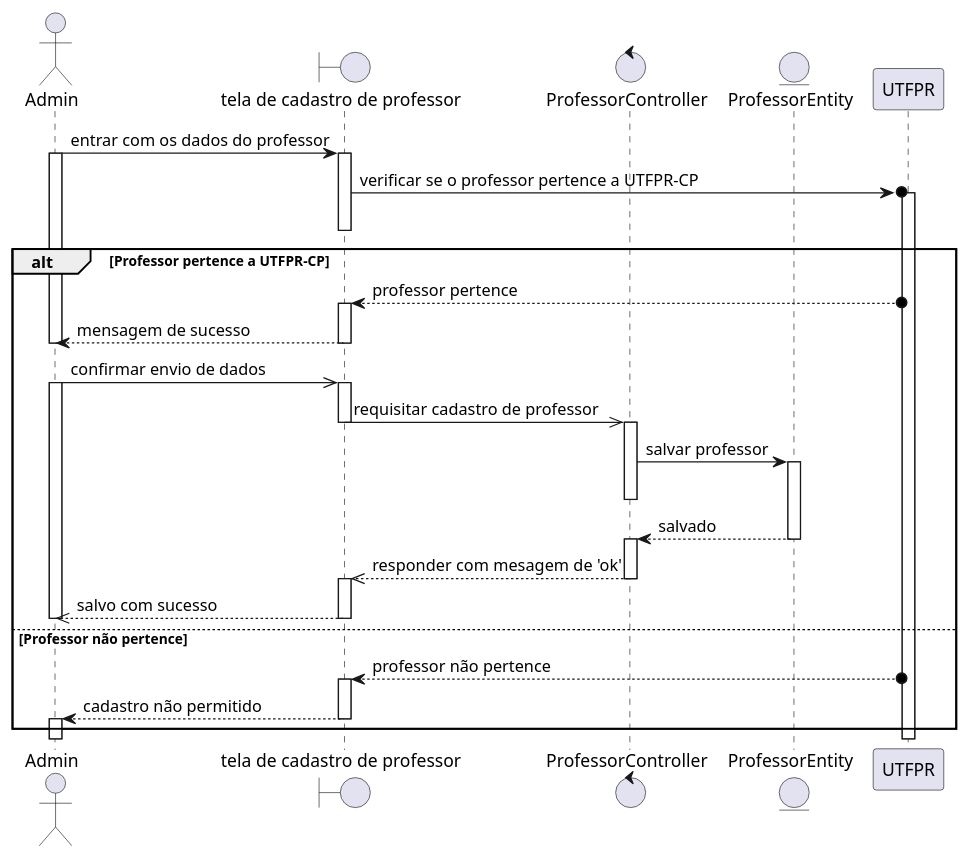
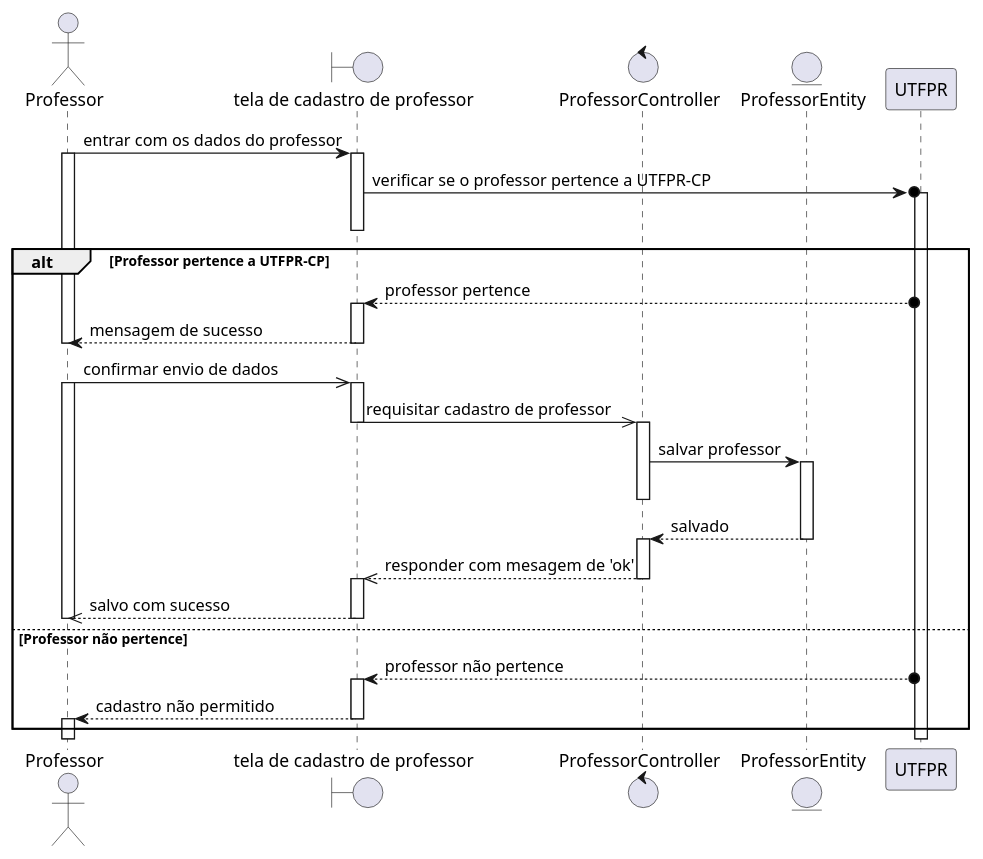
One commit to rodrigoRolim/AC-backend changed the diagram in design/sequence_code/admin/professor.add.seq.wsd. Above: the diagram before and after it, drawn with PlantUML. The commit also changed 61 other files, not shown here.

Commit message:
change requeriments and diagrams

```diff
--- a/design/sequence_code/admin/professor.add.seq.wsd
+++ b/design/sequence_code/admin/professor.add.seq.wsd
@@ -1,44 +1,44 @@
 @startuml
-actor Admin
+actor Professor
 boundary "tela de cadastro de professor" as cadastro
 control ProfessorController
 entity ProfessorEntity
 
-Admin -> cadastro: entrar com os dados do professor
-activate Admin
+Professor -> cadastro: entrar com os dados do professor
+activate Professor
 activate cadastro
 cadastro ->o UTFPR: verificar se o professor pertence a UTFPR-CP
 activate UTFPR
 deactivate cadastro
 alt Professor pertence a UTFPR-CP
     UTFPR o--> cadastro: professor pertence
     activate cadastro
-    cadastro --> Admin: mensagem de sucesso
-    deactivate Admin
+    cadastro --> Professor: mensagem de sucesso
+    deactivate Professor
     deactivate cadastro
-    Admin ->> cadastro: confirmar envio de dados
-    activate Admin
+    Professor ->> cadastro: confirmar envio de dados
+    activate Professor
     activate cadastro
     cadastro ->> ProfessorController: requisitar cadastro de professor
     deactivate cadastro
     activate ProfessorController
     ProfessorController -> ProfessorEntity: salvar professor
     activate ProfessorEntity
     deactivate ProfessorController
     ProfessorEntity --> ProfessorController: salvado
     deactivate ProfessorEntity
     activate ProfessorController
     ProfessorController -->> cadastro: responder com mesagem de 'ok'
     deactivate ProfessorController
     activate cadastro
-    cadastro -->> Admin: salvo com sucesso
-    deactivate Admin
+    cadastro -->> Professor: salvo com sucesso
+    deactivate Professor
     deactivate cadastro 
 else Professor não pertence
     UTFPR o--> cadastro: professor não pertence
     activate cadastro
-    cadastro --> Admin: cadastro não permitido
+    cadastro --> Professor: cadastro não permitido
     deactivate cadastro
-    activate Admin
+    activate Professor
 end     
 @enduml
```
